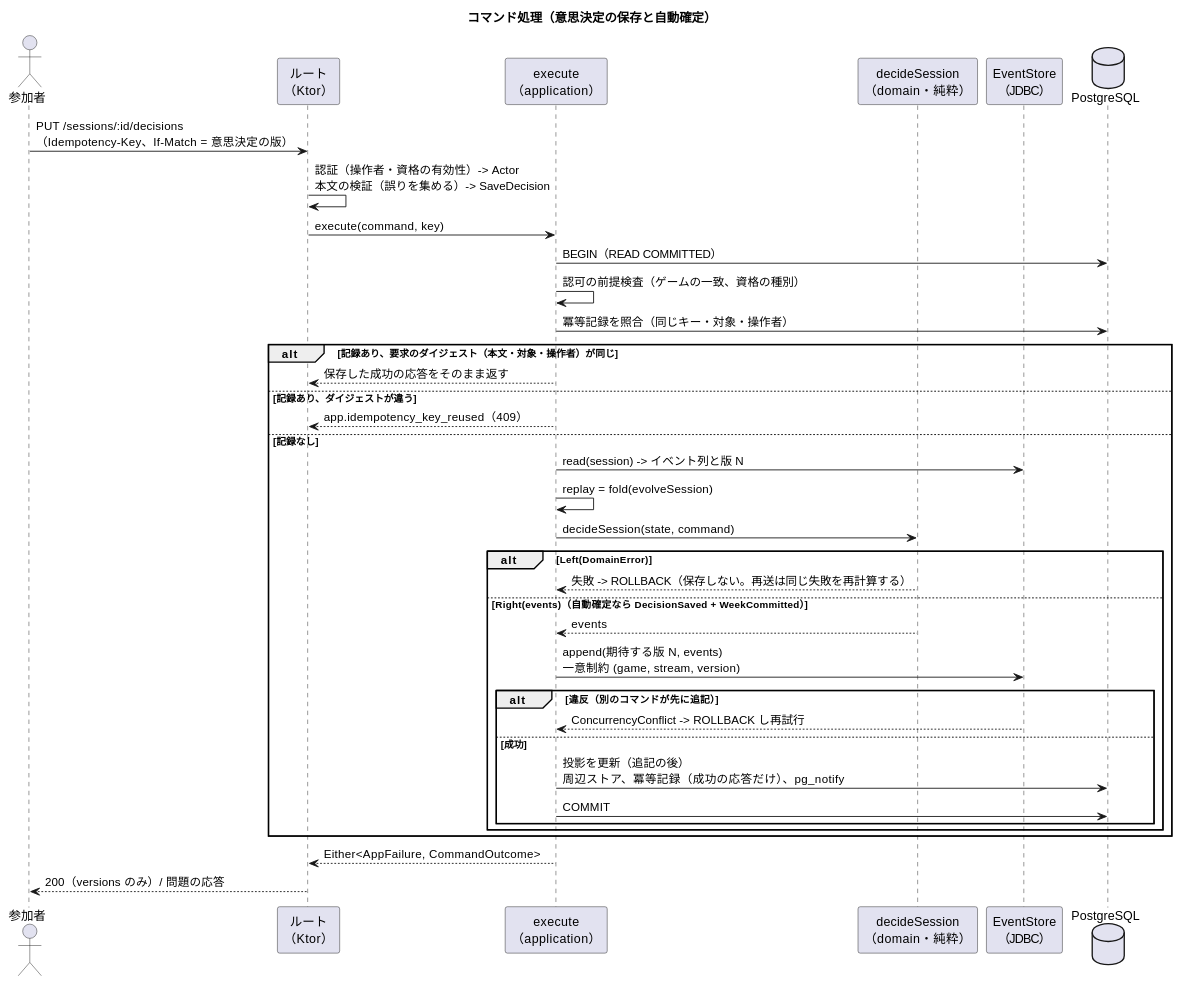
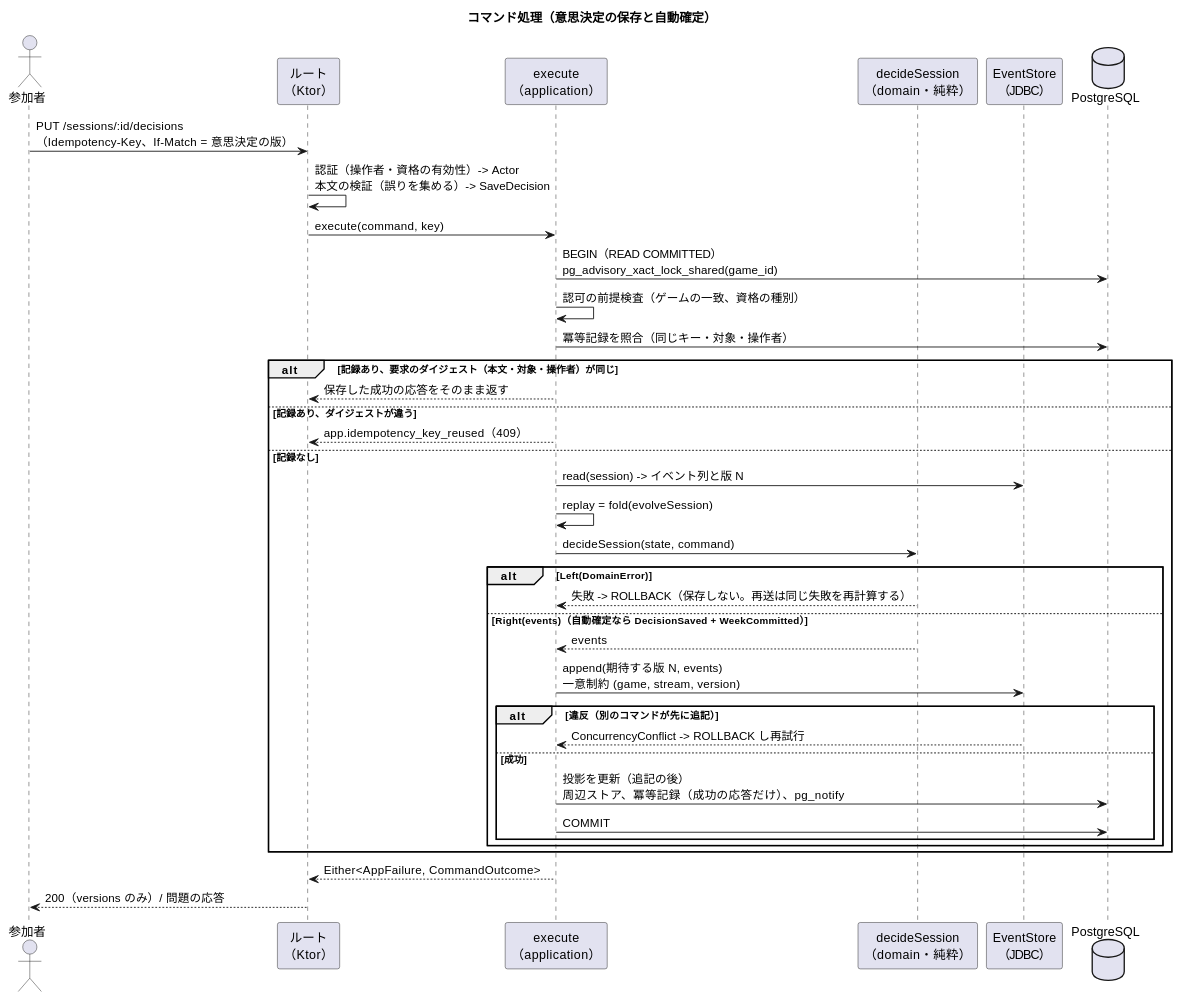
One commit to k2works/case-study-beer-game-simulation changed the second of 3 diagrams in docs/design/beer-game-kotlin/architecture-backend.md. Above: the diagram before and after it, drawn with PlantUML. The commit also changed other lines of this file and 10 other files, not shown here.

````diff
--- a/docs/design/beer-game-kotlin/architecture-backend.md
+++ b/docs/design/beer-game-kotlin/architecture-backend.md
@@ -163,42 +169,42 @@
 ```plantuml
 @startuml
 title コマンド処理（意思決定の保存と自動確定）
 
 actor 参加者 as P
 participant "ルート\n（Ktor）" as R
 participant "execute\n（application）" as X
 participant "decideSession\n（domain・純粋）" as D
 participant "EventStore\n（JDBC）" as ES
 database "PostgreSQL" as DB
 
 P -> R : PUT /sessions/:id/decisions\n（Idempotency-Key、If-Match = 意思決定の版）
 R -> R : 認証（操作者・資格の有効性）-> Actor\n本文の検証（誤りを集める）-> SaveDecision
 R -> X : execute(command, key)
-X -> DB : BEGIN（READ COMMITTED）
+X -> DB : BEGIN（READ COMMITTED）\npg_advisory_xact_lock_shared(game_id)
 X -> X : 認可の前提検査（ゲームの一致、資格の種別）
 X -> DB : 冪等記録を照合（同じキー・対象・操作者）
 alt 記録あり、要求のダイジェスト（本文・対象・操作者）が同じ
   X --> R : 保存した成功の応答をそのまま返す
 else 記録あり、ダイジェストが違う
   X --> R : app.idempotency_key_reused（409）
 else 記録なし
   X -> ES : read(session) -> イベント列と版 N
   X -> X : replay = fold(evolveSession)
   X -> D : decideSession(state, command)
   alt Left(DomainError)
     D --> X : 失敗 -> ROLLBACK（保存しない。再送は同じ失敗を再計算する）
   else Right(events)（自動確定なら DecisionSaved + WeekCommitted）
     D --> X : events
     X -> ES : append(期待する版 N, events)\n一意制約 (game, stream, version)
     alt 違反（別のコマンドが先に追記）
       ES --> X : ConcurrencyConflict -> ROLLBACK し再試行
     else 成功
       X -> DB : 投影を更新（追記の後）\n周辺ストア、冪等記録（成功の応答だけ）、pg_notify
       X -> DB : COMMIT
     end
   end
 end
 X --> R : Either<AppFailure, CommandOutcome>
 R --> P : 200（versions のみ）/ 問題の応答
 @enduml
 ```
````
